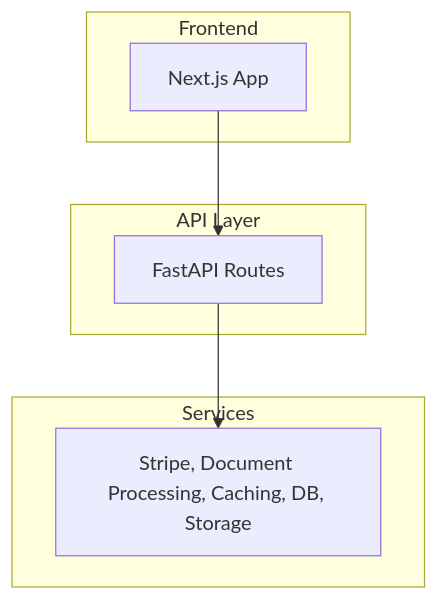
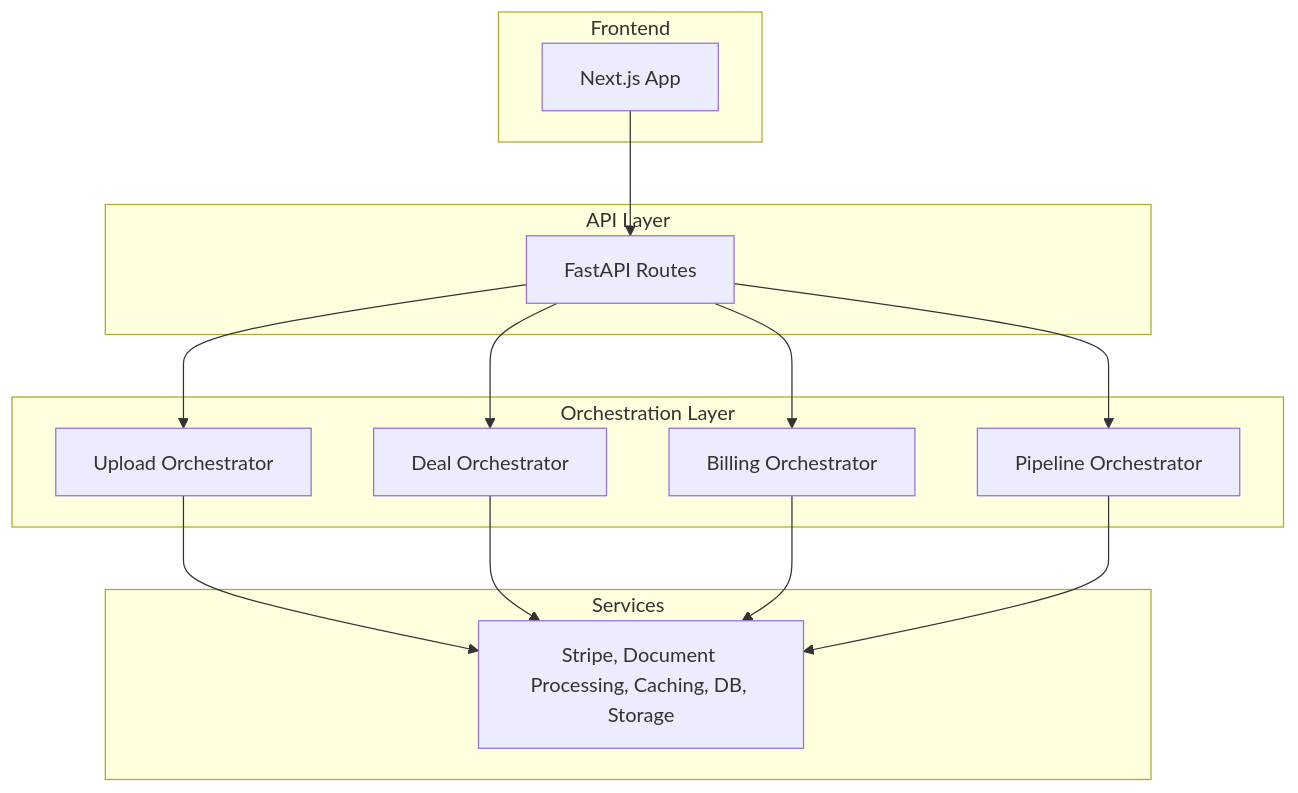
The diagram in README.md (into-the-mehtaverse/dealq-showcase), drawn with Mermaid before and after one commit.

Commit message:
fixed mermaid

````diff
--- a/README.md
+++ b/README.md
@@ -39,17 +39,32 @@
 ```mermaid
 graph TB
     subgraph "Frontend"
         A[Next.js App]
     end
 
     subgraph "API Layer"
         B[FastAPI Routes]
     end
 
+    subgraph "Orchestration Layer"
+        C[Upload Orchestrator]
+        D[Deal Orchestrator]
+        E[Billing Orchestrator]
+        F[Pipeline Orchestrator]
+    end
+
     subgraph "Services"
-        C[Stripe, Document Processing, Caching, DB, Storage]
+        G[Stripe, Document Processing, Caching, DB, Storage]
     end
 
     A --> B
     B --> C
+    B --> D
+    B --> E
+    B --> F
+
+    C --> G
+    D --> G
+    E --> G
+    F --> G
 ```
````
